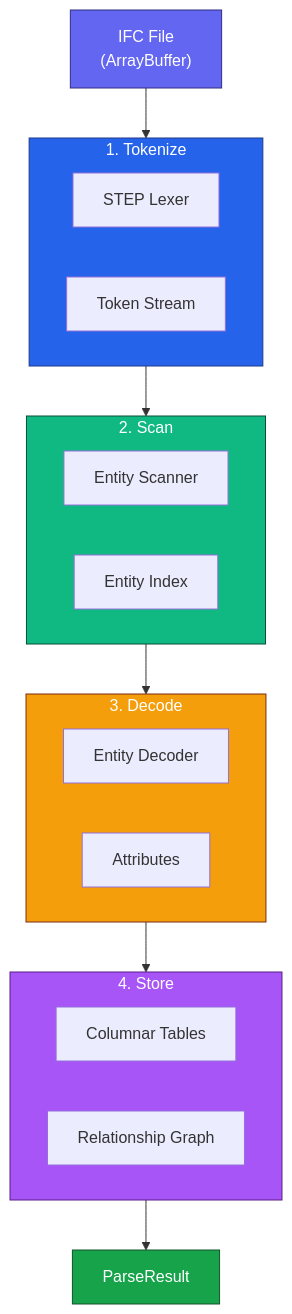
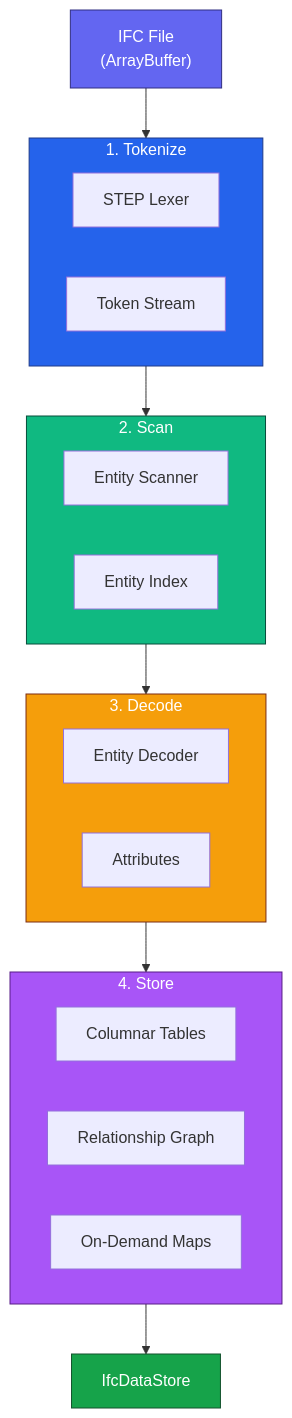
One commit to louistrue/ifc-lite changed the ninth of 17 diagrams in docs/architecture/overview.md. Above: the diagram before and after it, drawn with Mermaid. The commit also changed other lines of this file and 7 other files, not shown here.

First line of the commit message:
docs: comprehensive update for server architecture, IFC5 support, and new features

````diff
--- a/docs/architecture/overview.md
+++ b/docs/architecture/overview.md
@@ -173,39 +297,40 @@
 ```mermaid
 flowchart TB
     Input["IFC File<br/>(ArrayBuffer)"]
 
     subgraph Tokenize["1. Tokenize"]
         STEP["STEP Lexer"]
         Tokens["Token Stream"]
     end
 
     subgraph Scan["2. Scan"]
         EntityScan["Entity Scanner"]
         Index["Entity Index"]
     end
 
     subgraph Decode["3. Decode"]
         Decoder["Entity Decoder"]
         Attrs["Attributes"]
     end
 
     subgraph Store["4. Store"]
         Tables["Columnar Tables"]
         Graph["Relationship Graph"]
+        OnDemand["On-Demand Maps"]
     end
 
-    Output["ParseResult"]
+    Output["IfcDataStore"]
 
     Input --> Tokenize
     Tokenize --> Scan
     Scan --> Decode
     Decode --> Store
     Store --> Output
 
     style Input fill:#6366f1,stroke:#312e81,color:#fff
     style Tokenize fill:#2563eb,stroke:#1e3a8a,color:#fff
     style Scan fill:#10b981,stroke:#064e3b,color:#fff
     style Decode fill:#f59e0b,stroke:#7c2d12,color:#fff
     style Store fill:#a855f7,stroke:#581c87,color:#fff
     style Output fill:#16a34a,stroke:#14532d,color:#fff
 ```
````
